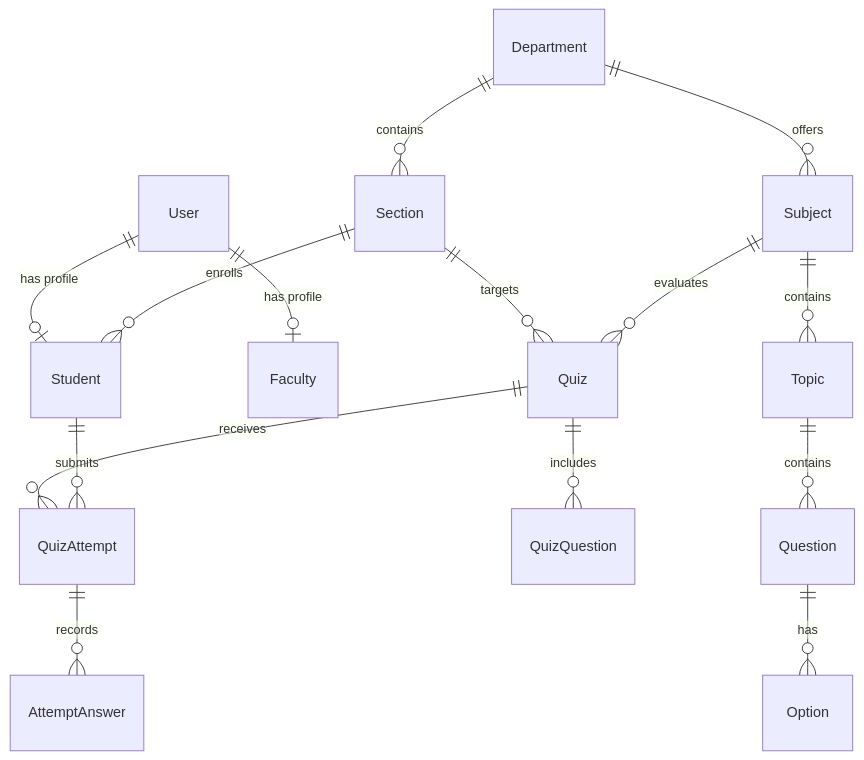
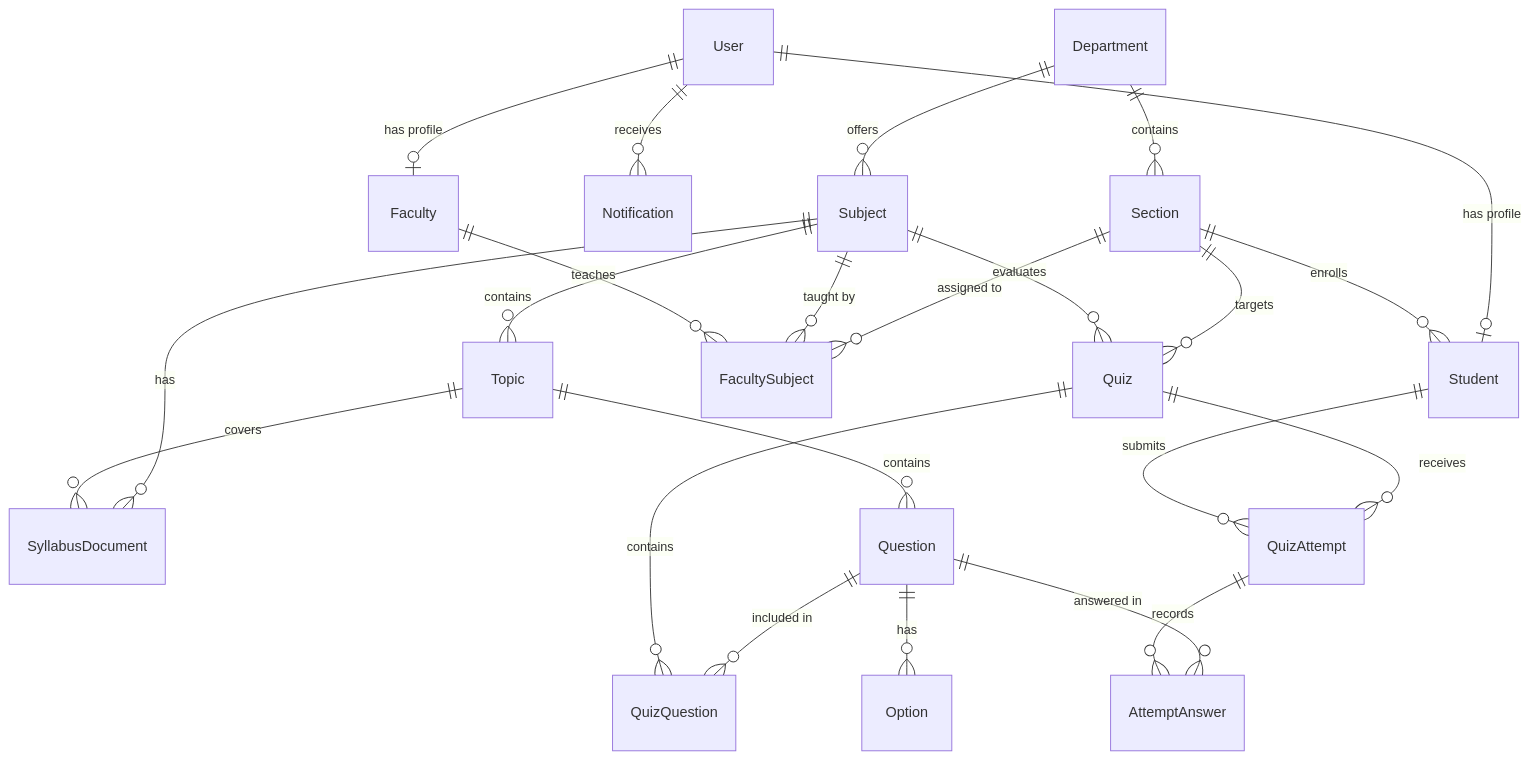
The third of 3 diagrams in README.md (chaman284/Acadexa), drawn with Mermaid before and after one commit. The commit also changed other lines of this file and 10 other files, not shown here.

````diff
--- a/README.md
+++ b/README.md
@@ -143,17 +223,33 @@
 ```mermaid
 erDiagram
     User ||--o| Student : "has profile"
     User ||--o| Faculty : "has profile"
+    User ||--o{ Notification : "receives"
+    
     Department ||--o{ Section : "contains"
     Department ||--o{ Subject : "offers"
+    
     Section ||--o{ Student : "enrolls"
     Section ||--o{ Quiz : "targets"
+    Section ||--o{ FacultySubject : "assigned to"
+    
+    Subject ||--o{ FacultySubject : "taught by"
+    Subject ||--o{ Quiz : "evaluates"
     Subject ||--o{ Topic : "contains"
-    Subject ||--o{ Quiz : "evaluates"
+    Subject ||--o{ SyllabusDocument : "has"
+    
+    Faculty ||--o{ FacultySubject : "teaches"
+    
     Topic ||--o{ Question : "contains"
+    Topic ||--o{ SyllabusDocument : "covers"
+    
     Question ||--o{ Option : "has"
-    Quiz ||--o{ QuizQuestion : "includes"
+    Question ||--o{ QuizQuestion : "included in"
+    Question ||--o{ AttemptAnswer : "answered in"
+    
+    Quiz ||--o{ QuizQuestion : "contains"
     Quiz ||--o{ QuizAttempt : "receives"
+    
     Student ||--o{ QuizAttempt : "submits"
     QuizAttempt ||--o{ AttemptAnswer : "records"
 ```
````
